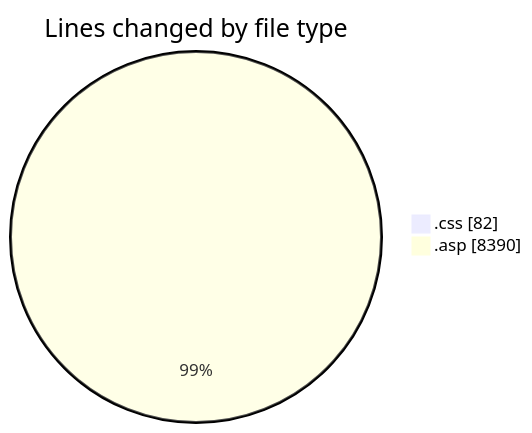
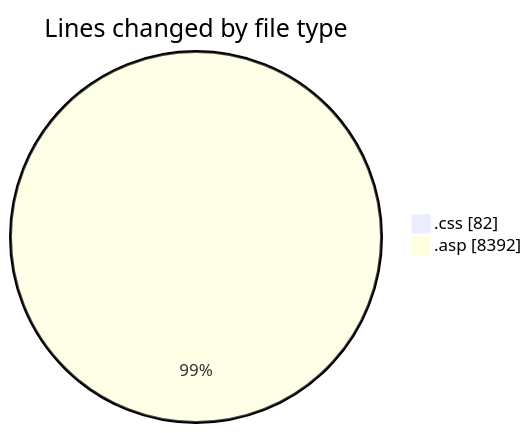
Before and after one commit to julien-gomy/code-tracking: the first of 2 diagrams in 2025-11-16/cdp_aleoudev_fr__workspace_/README.md, drawn with Mermaid. The commit also changed other lines of this file and 1 other file, not shown here.

````diff
--- a/2025-11-16/cdp_aleoudev_fr__workspace_/README.md
+++ b/2025-11-16/cdp_aleoudev_fr__workspace_/README.md
@@ -30,6 +31,6 @@
 ```mermaid
 pie showData
 title Lines changed by file type
 ".css" : 82
-".asp" : 8390
+".asp" : 8392
 ```
````
